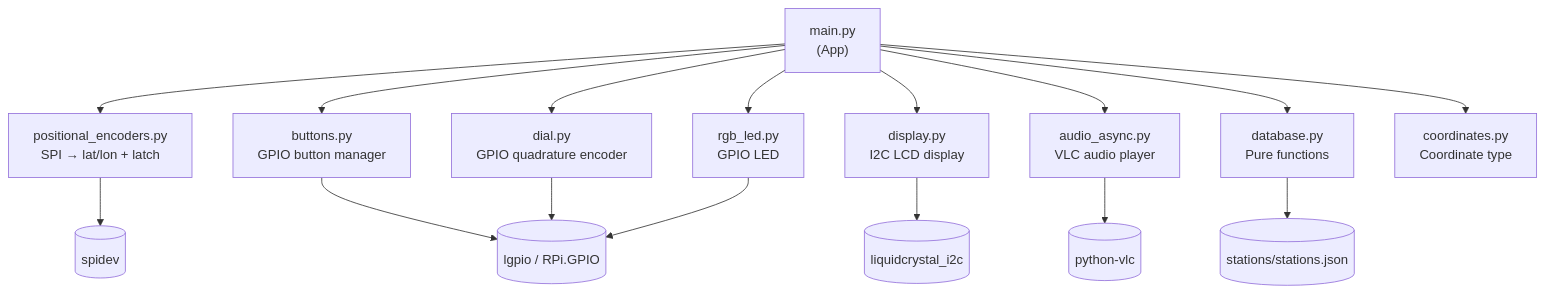
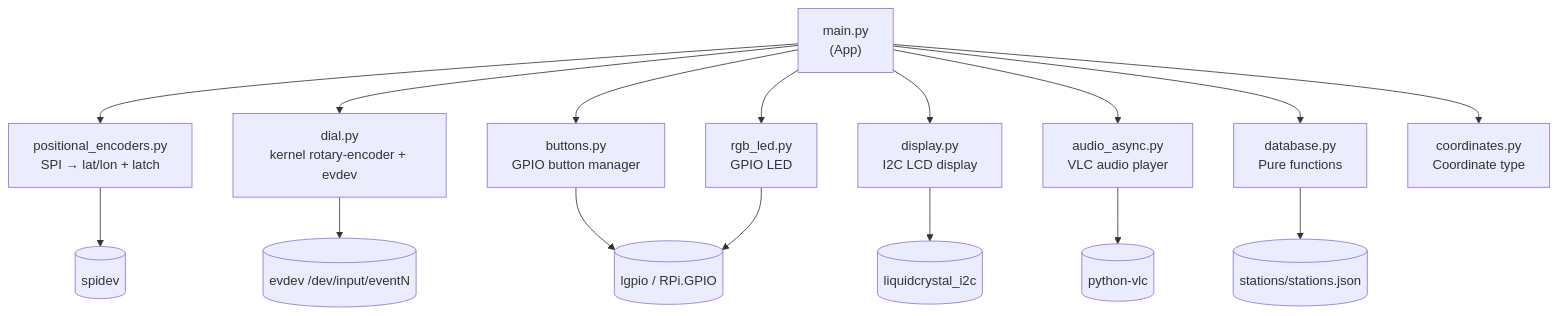
Before and after one commit to milnepe/RadioGlobe: the diagram in ARCHITECTURE.md, drawn with Mermaid. The commit also changed other lines of this file and 8 other files, not shown here.

First line of the commit message:
Migrate dial to kernel rotary-encoder driver + evdev (#7)

````diff
--- a/ARCHITECTURE.md
+++ b/ARCHITECTURE.md
@@ -126,21 +126,21 @@
 ```mermaid
 graph TD
     main["main.py\n(App)"]
 
     main --> positional["positional_encoders.py\nSPI → lat/lon + latch"]
-    main --> dial["dial.py\nGPIO quadrature encoder"]
+    main --> dial["dial.py\nkernel rotary-encoder + evdev"]
     main --> buttons["buttons.py\nGPIO button manager"]
     main --> display["display.py\nI2C LCD display"]
     main --> led["rgb_led.py\nGPIO LED"]
     main --> audio["audio_async.py\nVLC audio player"]
     main --> database["database.py\nPure functions"]
     main --> coordinates["coordinates.py\nCoordinate type"]
 
     database --> stations[("stations/stations.json")]
     audio --> vlc[("python-vlc")]
     positional --> spidev[("spidev")]
     display --> i2c[("liquidcrystal_i2c")]
     buttons --> gpio[("lgpio / RPi.GPIO")]
-    dial --> gpio
+    dial --> input[("evdev /dev/input/eventN")]
     led --> gpio
 ```
````
